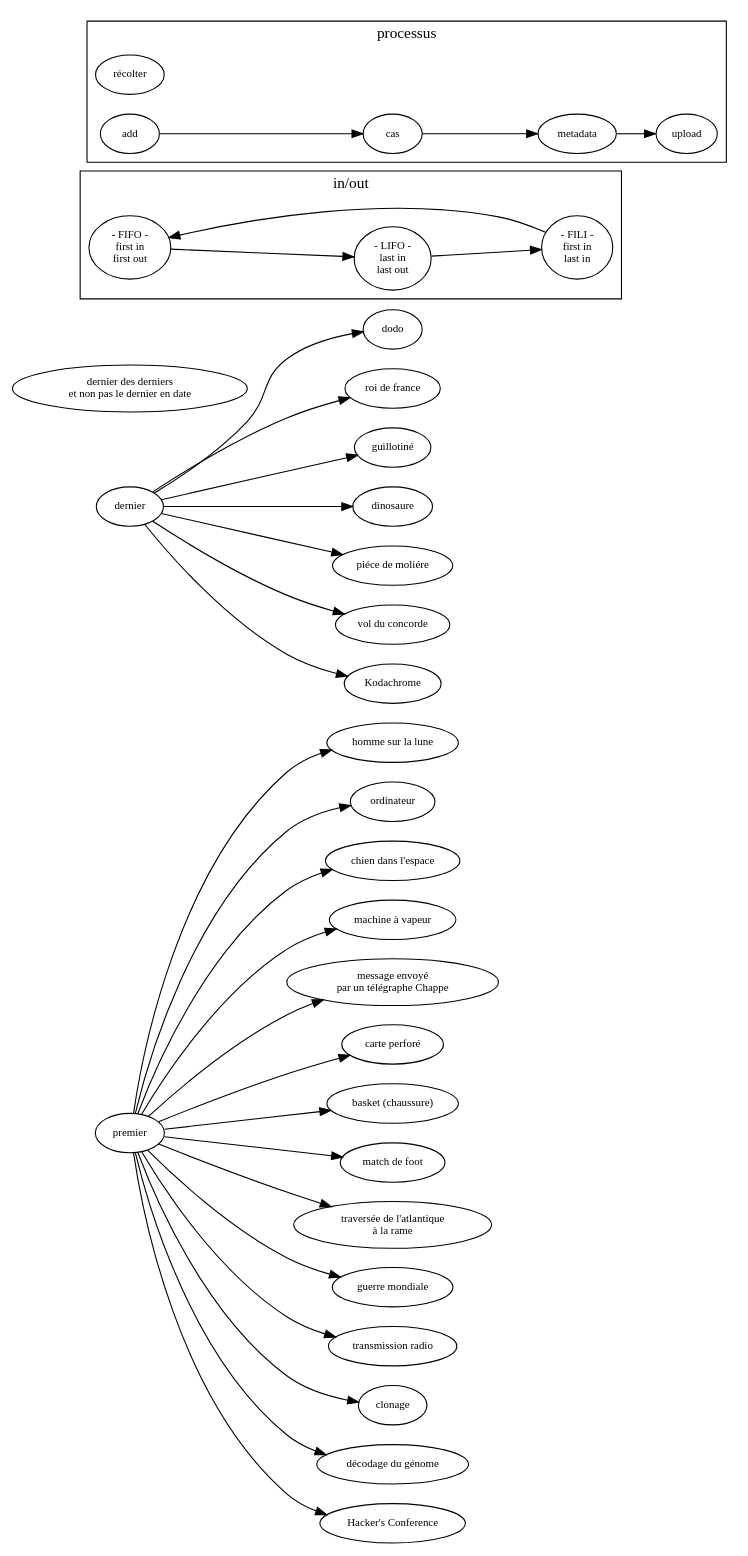
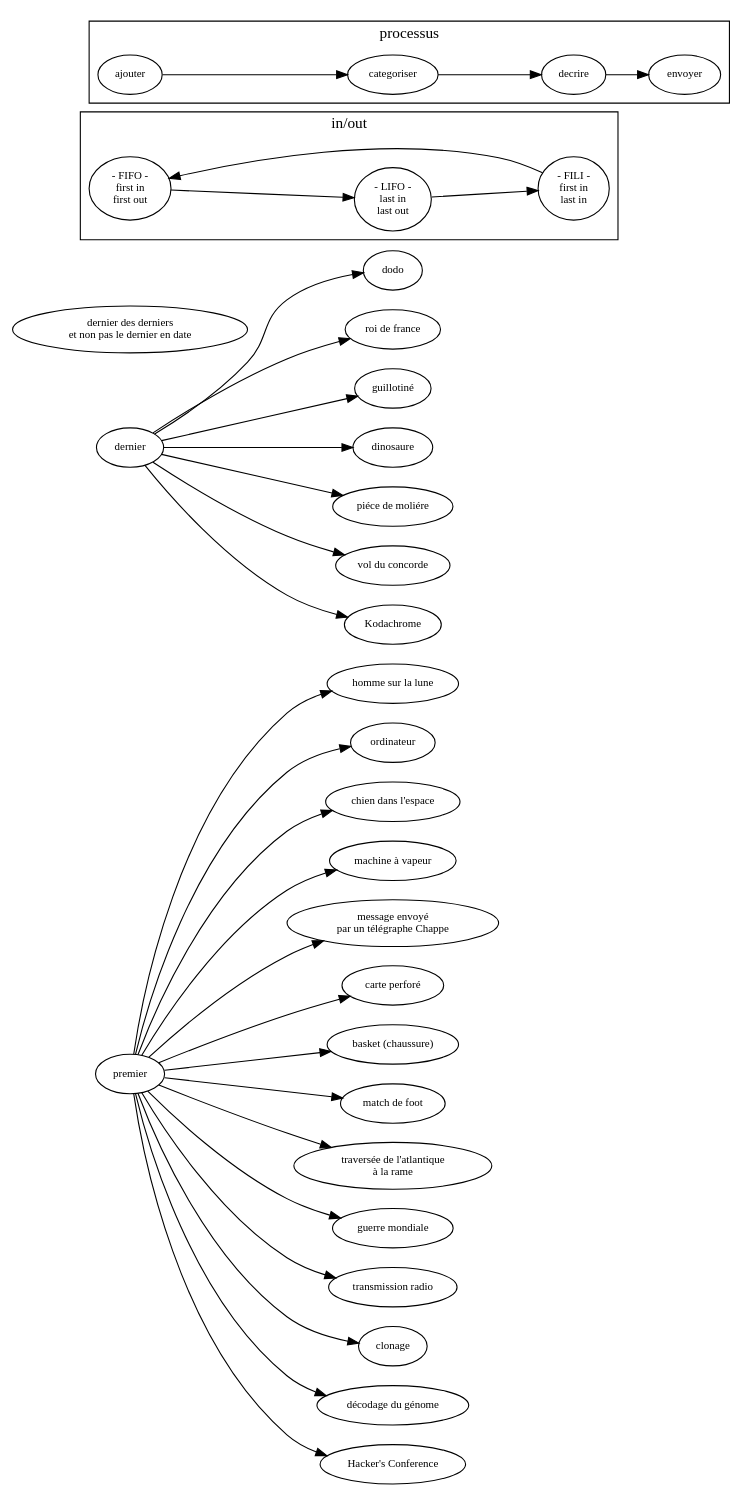
The diagram in sujet.dot (ensad-nancy/first-last), drawn with Graphviz before and after one commit.

Commit message:
+		//get [label="récolter"] +		ajouter -> categoriser -> decrire -> envoyer

```diff
--- a/sujet.dot
+++ b/sujet.dot
@@ -1,64 +1,64 @@
 digraph {
 
 	layout= "dot"
 	
 
 	fontname="myriadpro"
 	fontsize = 14
 	rankdir="LR"
 	
 	
 	node [fontname="myriadpro", fontsize = 10]
 	edge [fontname="monaco", fontsize = 9]
 	
 	first [label="premier"]
 	last [label="dernier"]
 	
 	"dernier des derniers\n et non pas le dernier en date" 
 
 	first -> "homme sur la lune"
 	first -> "ordinateur"
 	first -> "chien dans l'espace"
 	first -> "machine à vapeur"
 	first -> "message envoyé\npar un télégraphe Chappe"
 	first -> "carte perforé"
 	first -> "basket (chaussure)"
 	first -> "match de foot"
 	first -> "traversée de l'atlantique\nà la rame"
 	first -> "guerre mondiale"
 	first -> "transmission radio"
 	first -> "clonage"
 	first -> "décodage du génome"
 	first -> "Hacker's Conference"
 	
 	last -> dodo
 	last -> "roi de france"
 	last -> "guillotiné"
 	last -> "dinosaure"
 	last -> "piéce de moliére"
 	last -> "vol du concorde"
 	last -> "Kodachrome"
 
 	subgraph cluster_FO{
 	
 		label="in/out"
 		
 		FIFO [label="- FIFO -\nfirst in\nfirst out"]
 		LIFO [label="- LIFO -\nlast in\nlast out"]
 		FILI [label="- FILI -\nfirst in\n last in"]
 
 		FILI -> FIFO -> LIFO -> FILI
 	}
 	
 	subgraph cluster_process {
 		
 		label="processus"
 		
-		get [label="récolter"]
+		//get [label="récolter"]
 		
-		add -> cas -> metadata -> upload
+		ajouter -> categoriser -> decrire -> envoyer
 		
 	
 	}
 	
 }
```
